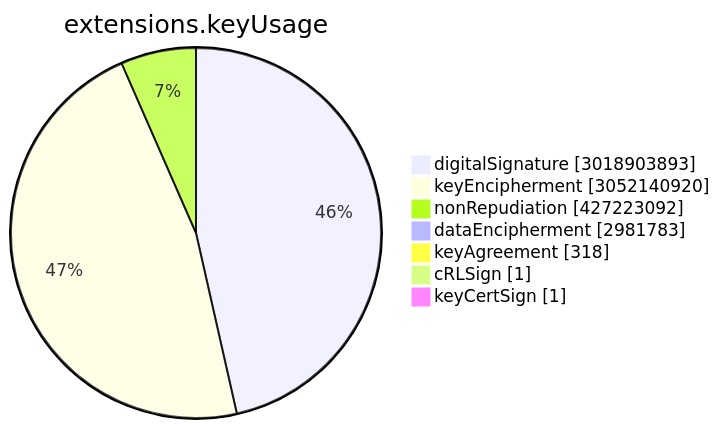
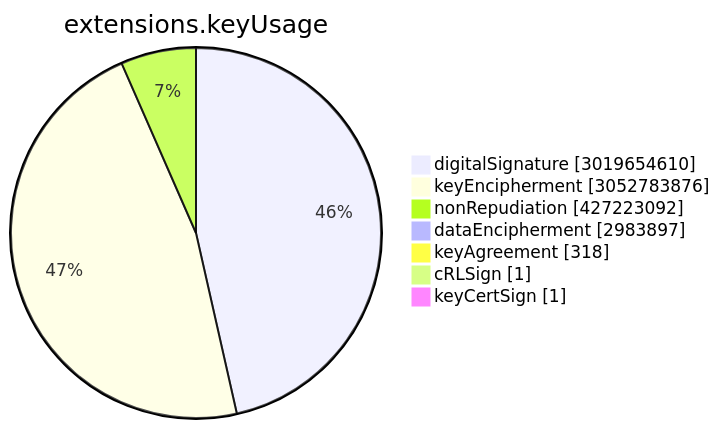
The sixth of 15 diagrams in TOTAL/README.md (christiankrug/ctmonitor_visualization), drawn with Mermaid before and after one commit. The commit also changed other lines of this file, not shown here.

````diff
--- a/TOTAL/README.md
+++ b/TOTAL/README.md
@@ -3075,11 +3075,11 @@
 ```mermaid
 pie showData
 title extensions.keyUsage
-"digitalSignature" :3018903893
-"keyEncipherment" :3052140920
+"digitalSignature" :3019654610
+"keyEncipherment" :3052783876
 "nonRepudiation" :427223092
-"dataEncipherment" :2981783
+"dataEncipherment" :2983897
 "keyAgreement" :318
 "cRLSign" :1
 "keyCertSign" :1
 ```
````
